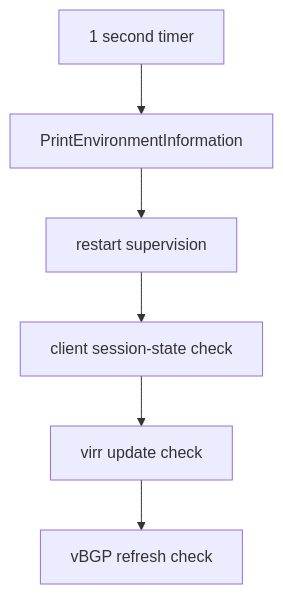
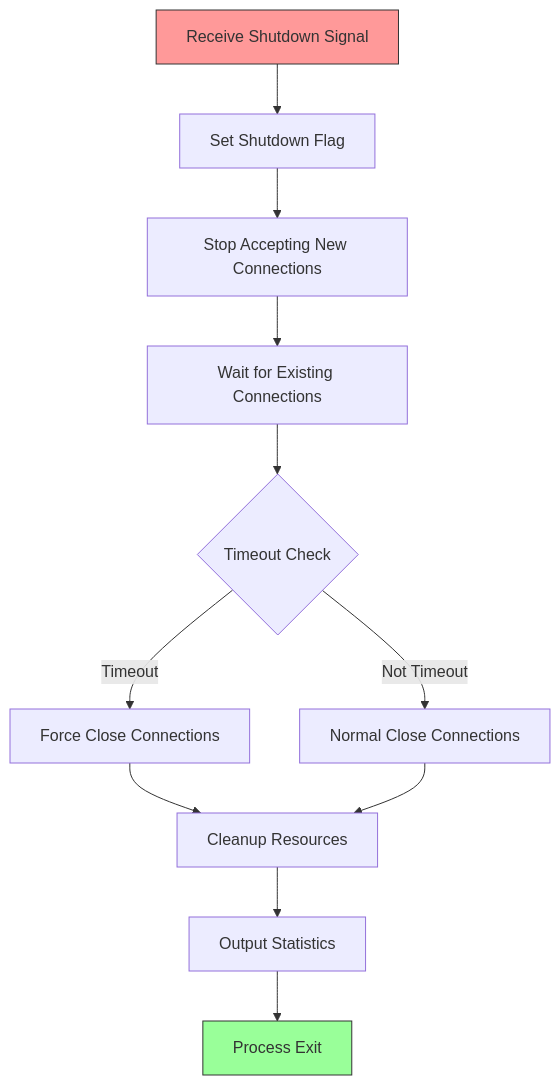
The seventh of 7 diagrams in docs/STARTUP_AND_LIFECYCLE.md (HyacinthHaru/openppp2), drawn with Mermaid before and after one commit. The commit also changed other lines of this file and 31 other files, not shown here.

````diff
--- a/docs/STARTUP_AND_LIFECYCLE.md
+++ b/docs/STARTUP_AND_LIFECYCLE.md
@@ -332,8 +391,16 @@
 ```mermaid
 flowchart TD
-    A[1 second timer] --> B[PrintEnvironmentInformation]
-    B --> C[restart supervision]
-    C --> D[client session-state check]
-    D --> E[virr update check]
-    E --> F[vBGP refresh check]
+    A[Receive Shutdown Signal] --> B[Set Shutdown Flag]
+    B --> C[Stop Accepting New Connections]
+    C --> D[Wait for Existing Connections]
+    D --> E{Timeout Check}
+    E -->|Timeout| F[Force Close Connections]
+    E -->|Not Timeout| G[Normal Close Connections]
+    F --> H[Cleanup Resources]
+    G --> H
+    H --> I[Output Statistics]
+    I --> J[Process Exit]
+    
+    style A fill:#f99,stroke:#333
+    style J fill:#9f9,stroke:#333
 ```
````
